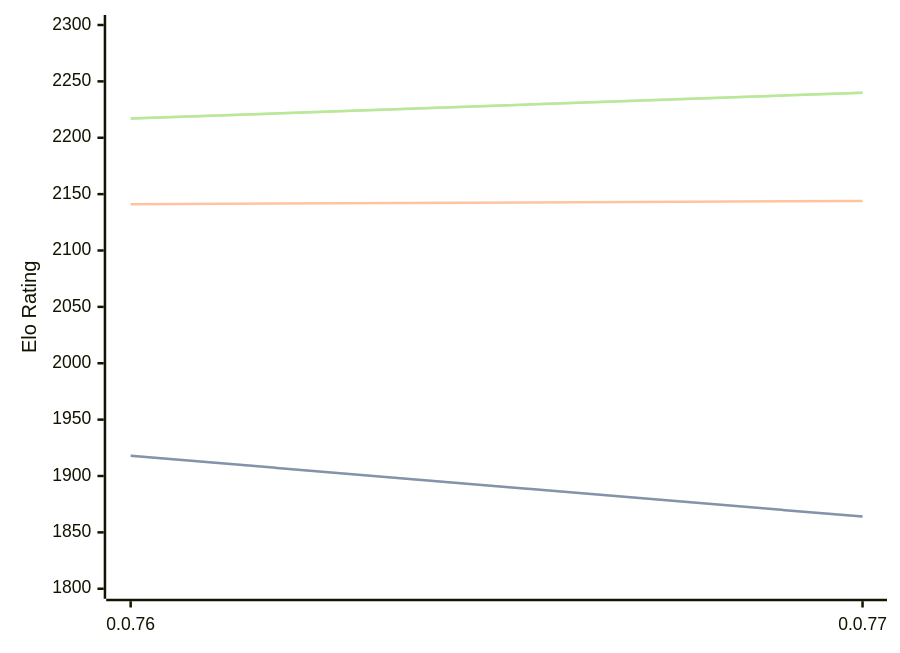
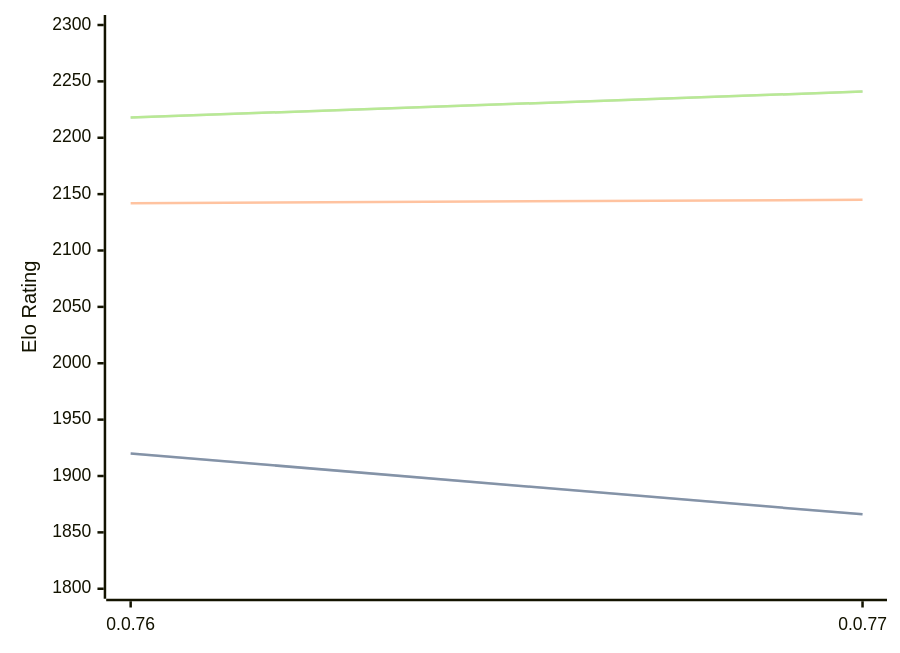
Before and after one commit to computer-chess-index/cci: the diagram in engines/Fktb.md, drawn with Mermaid. The commit also changed other lines of this file, not shown here.

Commit message:
Update CCI Ratings (ELO VLTC) - 2026-10-09

````diff
--- a/engines/Fktb.md
+++ b/engines/Fktb.md
@@ -32,11 +32,11 @@
 ```mermaid
 %%{init: {"theme":"base","themeVariables":{"seriesColors:['#a3a3a3','#222221','#faa371']}}}%%
 xychart-beta
   x-axis ["0.0.76", "0.0.77"]
   y-axis "Elo Rating" 1800 --> 2300
-  line "" [1918, 1864]
-  line "STC (8.0+0.08s)" [1918, 1864]
-  line "LTC (60.0+0.60s)" [2141, 2144]
-  line "" [2217, 2240]
-  line "VLTC (2m24s+1.12s)" [2217, 2240]
+  line "" [1920, 1866]
+  line "STC (8.0+0.08s)" [1920, 1866]
+  line "LTC (60.0+0.60s)" [2142, 2145]
+  line "" [2218, 2241]
+  line "VLTC (2m24s+1.12s)" [2218, 2241]
 ```
````
